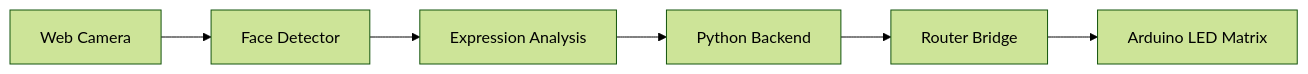
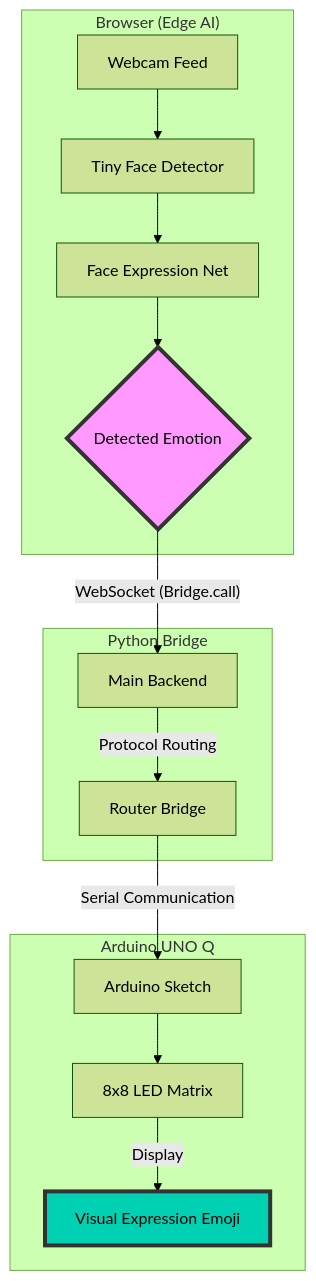
The diagram in README.md (jsarmientor/emotions-arduino-q), drawn with Mermaid (forest theme) before and after one commit. The commit also changed other lines of this file and 1 other file, not shown here.

Commit message:
Update: Improved system architecture diagram and removed incorrect banner

````diff
--- a/README.md
+++ b/README.md
@@ -40,8 +41,22 @@
 ```mermaid
-graph LR
-    A[Web Camera] --> B[Face Detector]
-    B --> C[Expression Analysis]
-    C --> D[Python Backend]
-    D --> E[Router Bridge]
-    E --> F[Arduino LED Matrix]
+graph TD
+    subgraph Browser_Environment ["Browser (Edge AI)"]
+        A[Webcam Feed] --> B[Tiny Face Detector]
+        B --> C[Face Expression Net]
+        C --> D{Detected Emotion}
+    end
+
+    subgraph Backend_Bridge ["Python Bridge"]
+        D -- "WebSocket (Bridge.call)" --> E[Main Backend]
+        E -- "Protocol Routing" --> F[Router Bridge]
+    end
+
+    subgraph Hardware_Output ["Arduino UNO Q"]
+        F -- "Serial Communication" --> G[Arduino Sketch]
+        G --> H[8x8 LED Matrix]
+        H -- "Display" --> I[Visual Expression Emoji]
+    end
+
+    style D fill:#f9f,stroke:#333,stroke-width:4px
+    style I fill:#00d1b2,stroke:#333,stroke-width:4px
 ```
````
